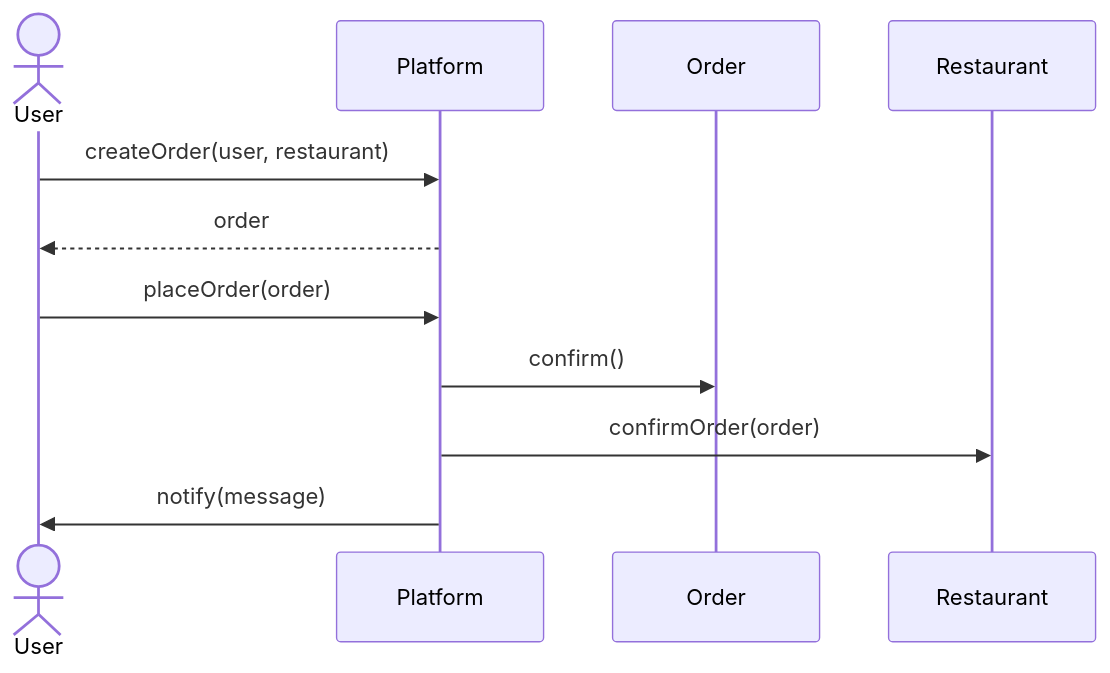
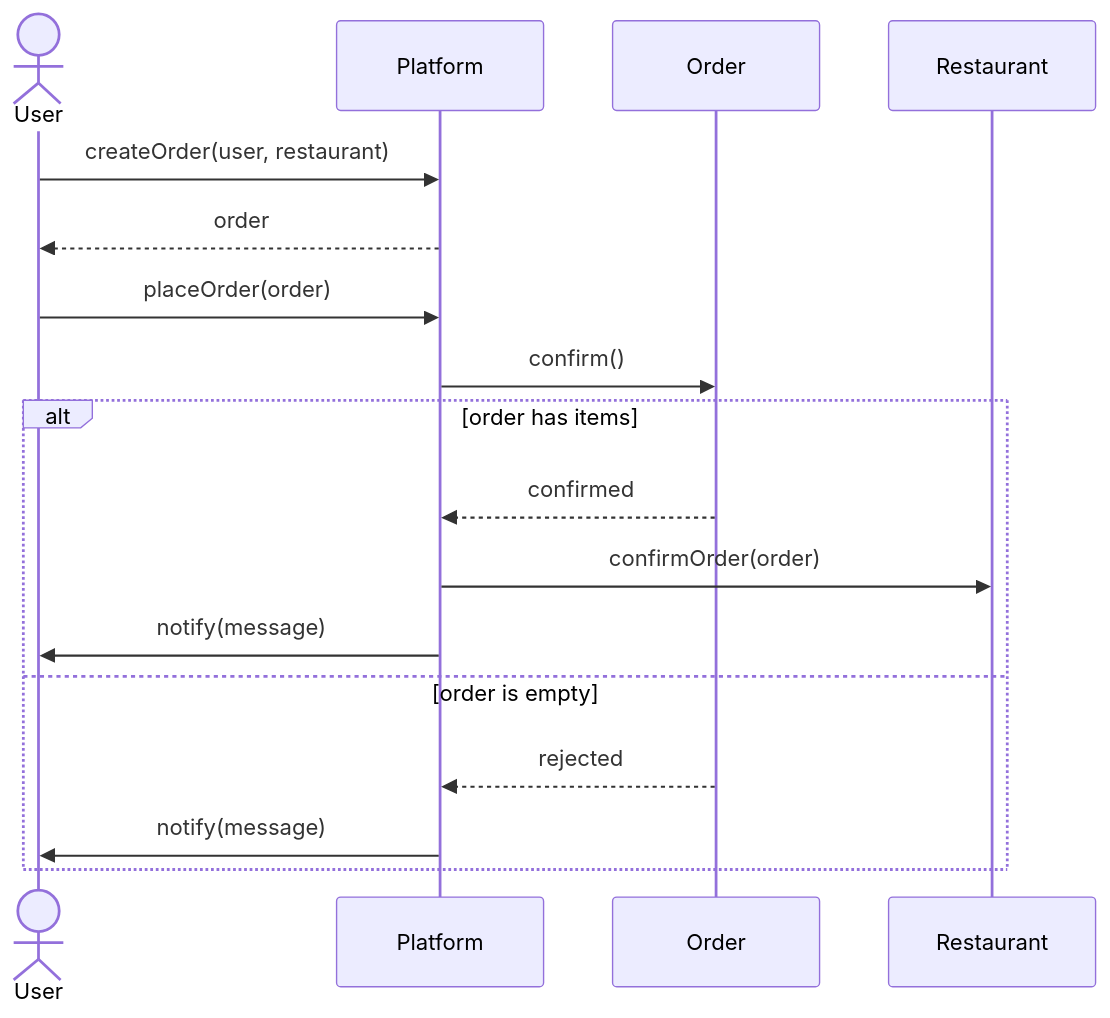
The diagram in sequence_place_order.mmd (rakanjazzar-eng/holbertonschool-UML-PROJECT), drawn with Mermaid before and after one commit. The commit also changed 3 other files, not shown here.

Commit message:
Show associations and dependencies in class diagram, add alt flows to sequence diagrams

```diff
--- a/sequence_place_order.mmd
+++ b/sequence_place_order.mmd
@@ -1,12 +1,19 @@
 sequenceDiagram
     actor User
     participant Platform
     participant Order
     participant Restaurant
 
     User->>Platform: createOrder(user, restaurant)
     Platform-->>User: order
     User->>Platform: placeOrder(order)
     Platform->>Order: confirm()
-    Platform->>Restaurant: confirmOrder(order)
-    Platform->>User: notify(message)
+
+    alt order has items
+        Order-->>Platform: confirmed
+        Platform->>Restaurant: confirmOrder(order)
+        Platform->>User: notify(message)
+    else order is empty
+        Order-->>Platform: rejected
+        Platform->>User: notify(message)
+    end
```
